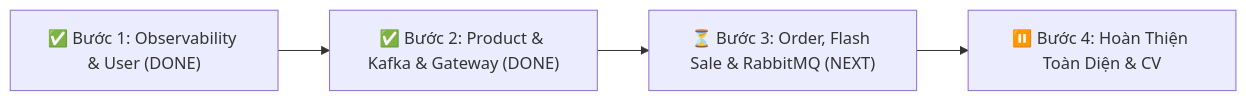
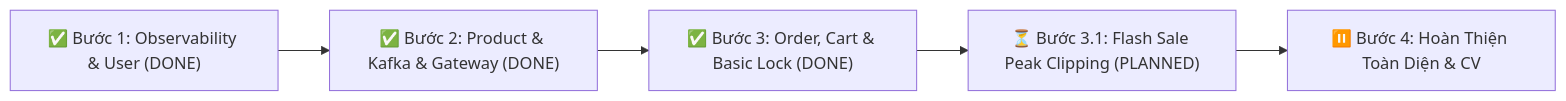
Before and after one commit to PearTNhat/microservice-ecomerce: the second of 3 diagrams in backend/ROADMAP_MICROSERVICES.md, drawn with Mermaid. The commit also changed other lines of this file and 30 other files, not shown here.

Commit message:
feat: implement order and cart services with RabbitMQ event producers and idempotency middleware

````diff
--- a/backend/ROADMAP_MICROSERVICES.md
+++ b/backend/ROADMAP_MICROSERVICES.md
@@ -52,6 +52,7 @@
 ```mermaid
 graph LR
     B1["✅ Bước 1: Observability & User (DONE)"] --> B2["✅ Bước 2: Product & Kafka & Gateway (DONE)"]
-    B2 --> B3["⏳ Bước 3: Order, Flash Sale & RabbitMQ (NEXT)"]
-    B3 --> B4["⏸️ Bước 4: Hoàn Thiện Toàn Diện & CV"]
+    B2 --> B3["✅ Bước 3: Order, Cart & Basic Lock (DONE)"]
+    B3 --> B31["⏳ Bước 3.1: Flash Sale Peak Clipping (PLANNED)"]
+    B31 --> B4["⏸️ Bước 4: Hoàn Thiện Toàn Diện & CV"]
 ```
````
